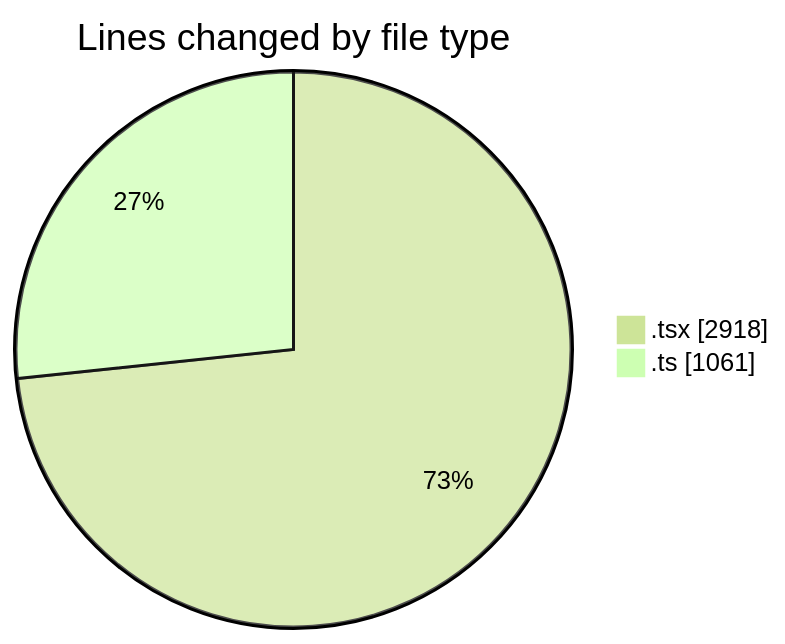
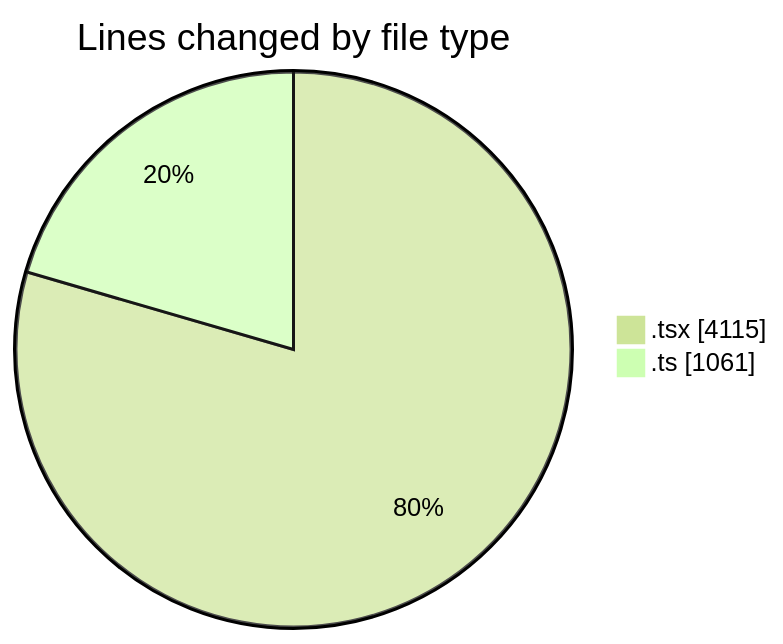
One commit to nxtqubesakshisongat/code-tracking changed the first of 2 diagrams in 2026-02-19/nxtqube_webapp/README.md. Above: the diagram before and after it, drawn with Mermaid (forest theme). The commit also changed other lines of this file and 1 other file, not shown here.

````diff
--- a/2026-02-19/nxtqube_webapp/README.md
+++ b/2026-02-19/nxtqube_webapp/README.md
@@ -28,6 +31,6 @@
 ```mermaid
 pie showData
 title Lines changed by file type
-".tsx" : 2918
+".tsx" : 4115
 ".ts" : 1061
 ```
````
